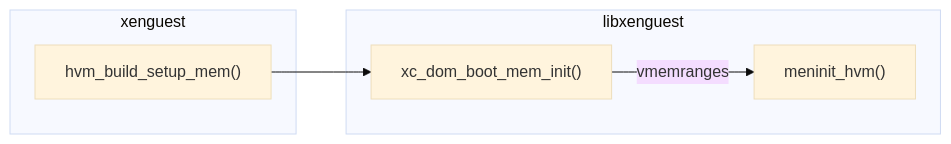
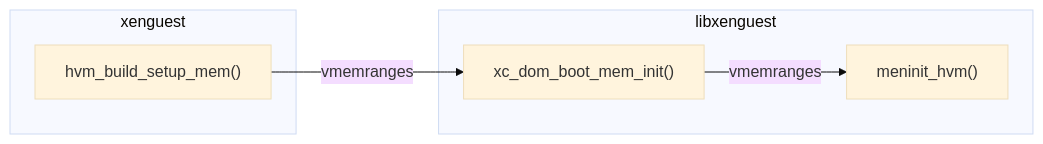
The third of 3 diagrams in doc/content/xenopsd/walkthroughs/VM.build/xenguest.md (xapi-project/xen-api), drawn with Mermaid (base theme) before and after one commit. The commit also changed other lines of this file and 7 other files, not shown here.

````diff
--- a/doc/content/xenopsd/walkthroughs/VM.build/xenguest.md
+++ b/doc/content/xenopsd/walkthroughs/VM.build/xenguest.md
@@ -134,12 +140,12 @@
 ```mermaid
 flowchart LR
 subgraph xenguest
 hvm_build_setup_mem[hvm_build_setup_mem#40;#41;]
 end
 subgraph libxenguest
-hvm_build_setup_mem --> xc_dom_boot_mem_init[xc_dom_boot_mem_init#40;#41;]
+hvm_build_setup_mem --vmemranges--> xc_dom_boot_mem_init[xc_dom_boot_mem_init#40;#41;]
 xc_dom_boot_mem_init -->|vmemranges| meminit_hvm[meninit_hvm#40;#41;]
 click xc_dom_boot_mem_init "https://github.com/xen-project/xen/blob/39c45c/tools/libs/guest/xg_dom_boot.c#L110-L126" _blank
 click meminit_hvm "https://github.com/xen-project/xen/blob/39c45c/tools/libs/guest/xg_dom_x86.c#L1348-L1648" _blank
 end
 ```
````
